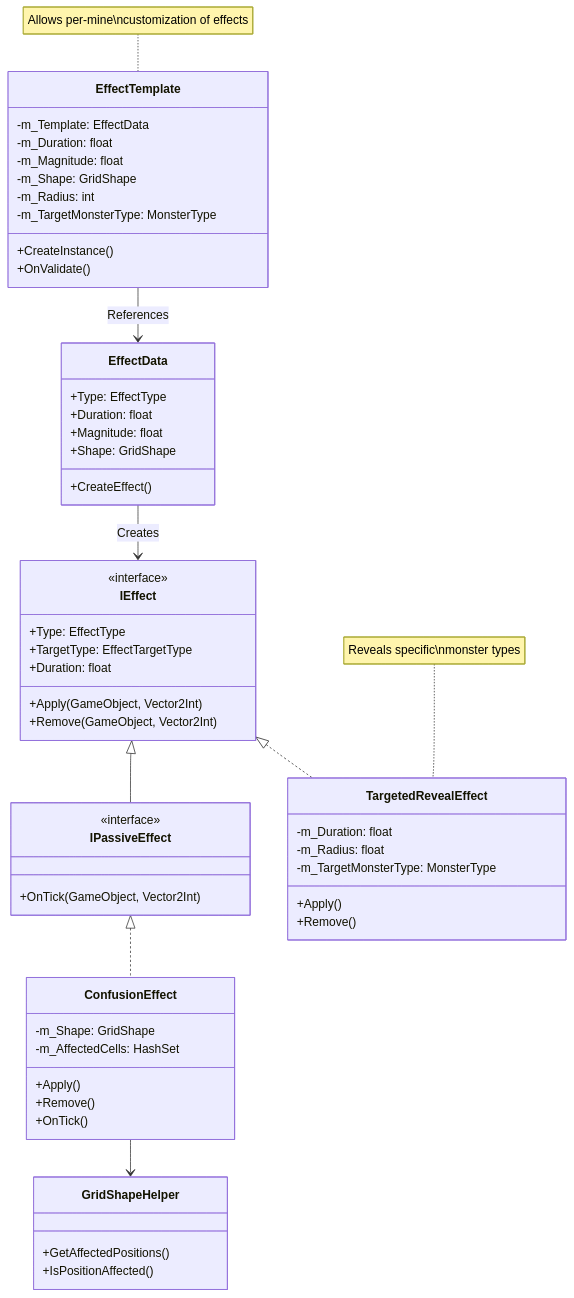
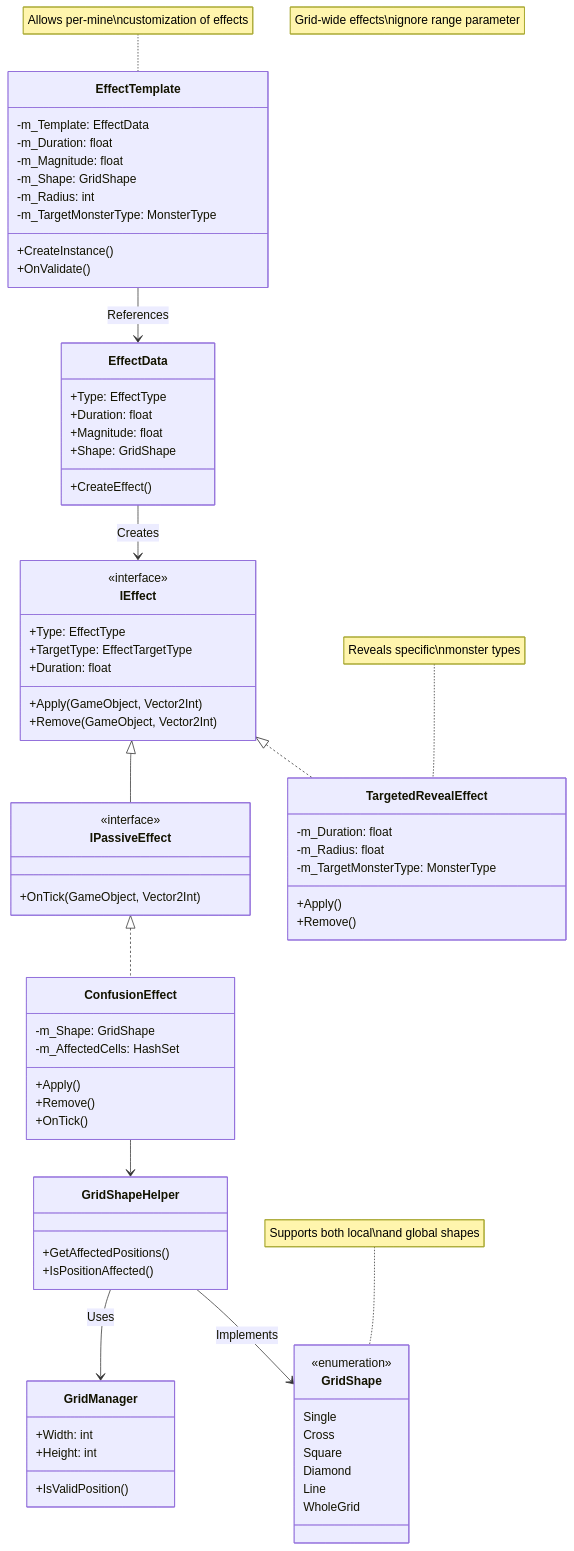
One commit to Coelancanth/RPGSweeper changed the diagram in Assets/Docs/Architecture.md. Above: the diagram before and after it, drawn with Mermaid. The commit also changed 4 other files, not shown here.

First line of the commit message:
feat: Add WholeGrid shape for grid-wide effects

````diff
--- a/Assets/Docs/Architecture.md
+++ b/Assets/Docs/Architecture.md
@@ -2,58 +2,76 @@
 ```mermaid
 classDiagram
 class IEffect {
 <<interface>>
 +Type: EffectType
 +TargetType: EffectTargetType
 +Duration: float
 +Apply(GameObject, Vector2Int)
 +Remove(GameObject, Vector2Int)
 }
 class IPassiveEffect {
 <<interface>>
 +OnTick(GameObject, Vector2Int)
 }
 class EffectTemplate {
 -m_Template: EffectData
 -m_Duration: float
 -m_Magnitude: float
 -m_Shape: GridShape
 -m_Radius: int
 -m_TargetMonsterType: MonsterType
 +CreateInstance()
 +OnValidate()
 }
 class EffectData {
 +Type: EffectType
 +Duration: float
 +Magnitude: float
 +Shape: GridShape
 +CreateEffect()
 }
+class GridShape {
+<<enumeration>>
+Single
+Cross
+Square
+Diamond
+Line
+WholeGrid
+}
+class GridShapeHelper {
++GetAffectedPositions()
++IsPositionAffected()
+}
+class GridManager {
++Width: int
++Height: int
++IsValidPosition()
+}
 class TargetedRevealEffect {
 -m_Duration: float
 -m_Radius: float
 -m_TargetMonsterType: MonsterType
 +Apply()
 +Remove()
 }
 class ConfusionEffect {
 -m_Shape: GridShape
 -m_AffectedCells: HashSet
 +Apply()
 +Remove()
 +OnTick()
 }
-class GridShapeHelper {
-+GetAffectedPositions()
-+IsPositionAffected()
-}
 IEffect <|-- IPassiveEffect
 IPassiveEffect <|.. ConfusionEffect
 IEffect <|.. TargetedRevealEffect
 ConfusionEffect --> GridShapeHelper
 EffectTemplate --> EffectData : References
 EffectData --> IEffect : Creates
+GridShapeHelper --> GridManager : Uses
+GridShapeHelper --> GridShape : Implements
 note for EffectTemplate "Allows per-mine\ncustomization of effects"
 note for TargetedRevealEffect "Reveals specific\nmonster types"
+note for GridShape "Supports both local\nand global shapes"
+note for WholeGrid "Grid-wide effects\nignore range parameter"
 ``` 
````
